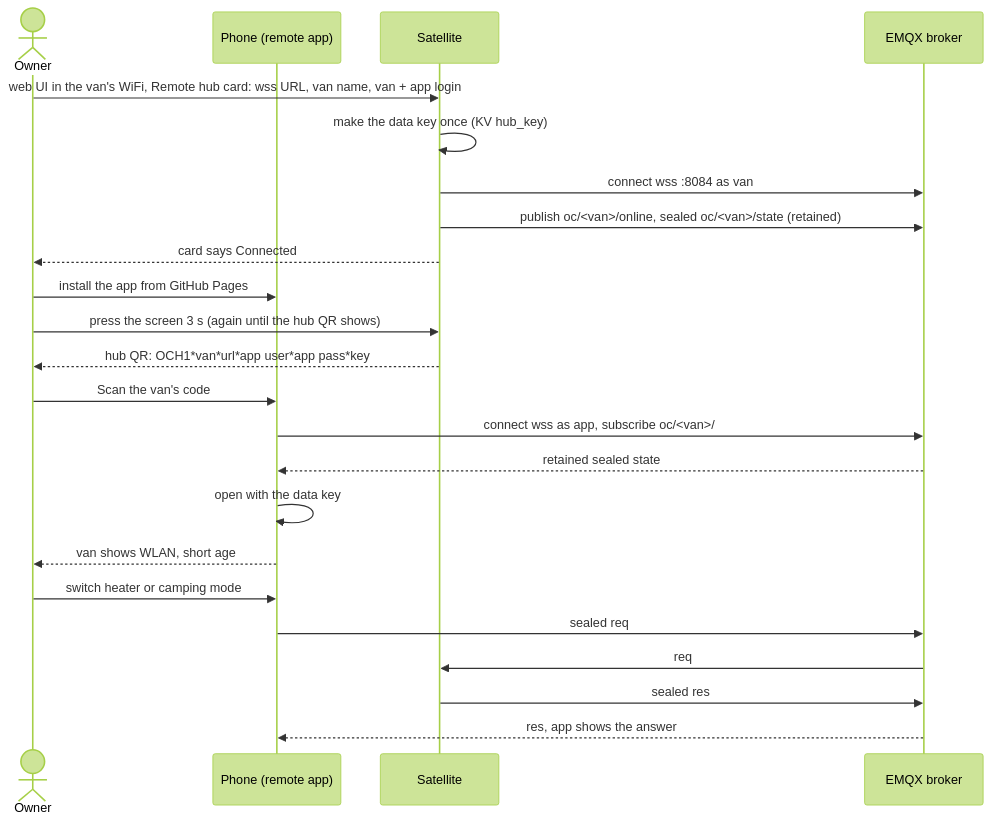
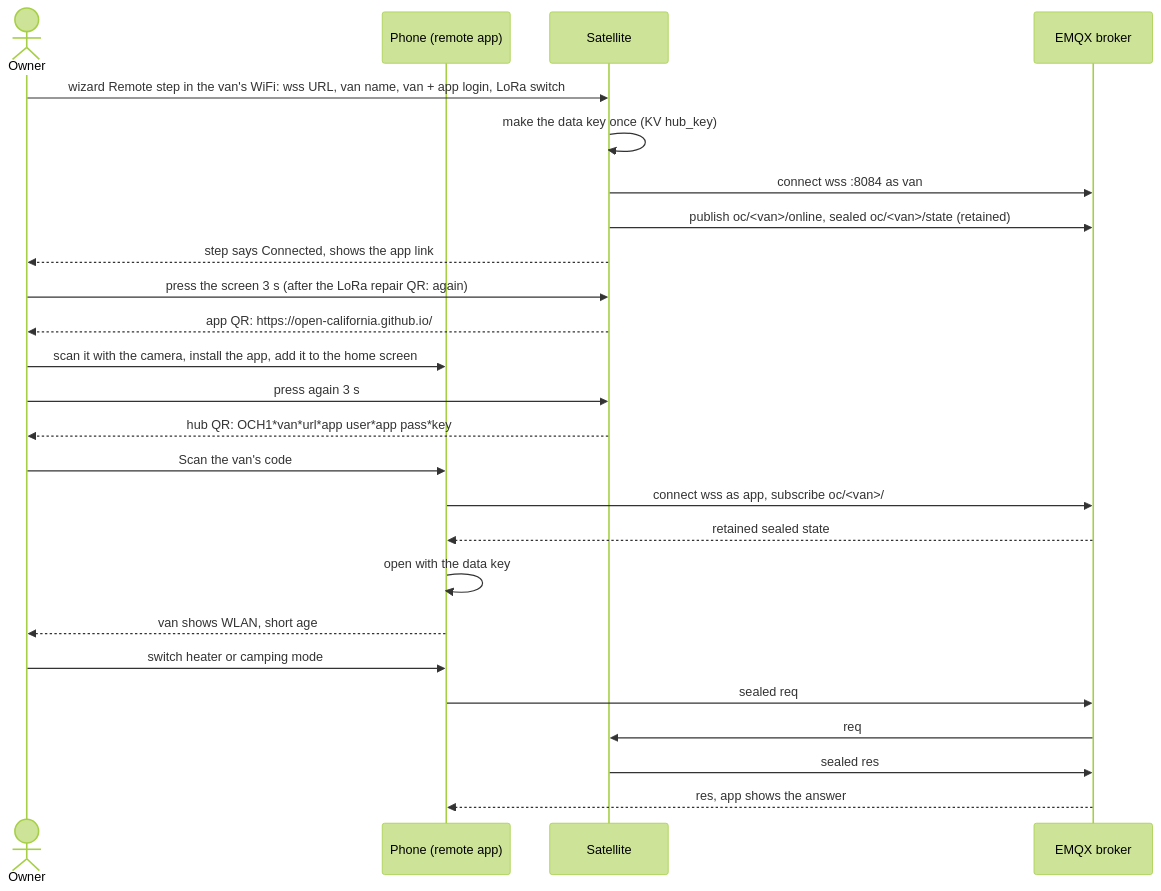
The fourth of 5 diagrams in docs/howto-remote-hub.md (ckeller42/open-california), drawn with Mermaid (forest theme) before and after one commit. The commit also changed other lines of this file and 10 other files, not shown here.

First line of the commit message:
wizard: optional Remote step (hub form, LoRa switch, app install); icons on Home

````diff
--- a/docs/howto-remote-hub.md
+++ b/docs/howto-remote-hub.md
@@ -347,26 +388,28 @@
 ```mermaid
 sequenceDiagram
 actor O as Owner
 participant P as Phone (remote app)
 participant E as Satellite
 participant B as EMQX broker
-O->>E: web UI in the van's WiFi, Remote hub card: wss URL, van name, van + app login
+O->>E: wizard Remote step in the van's WiFi: wss URL, van name, van + app login, LoRa switch
 E->>E: make the data key once (KV hub_key)
 E->>B: connect wss :8084 as van
 E->>B: publish oc/#lt;van#gt;/online, sealed oc/#lt;van#gt;/state (retained)
-E-->>O: card says Connected
-O->>P: install the app from GitHub Pages
-O->>E: press the screen 3 s (again until the hub QR shows)
+E-->>O: step says Connected, shows the app link
+O->>E: press the screen 3 s (after the LoRa repair QR: again)
+E-->>O: app QR: https://open-california.github.io/
+O->>P: scan it with the camera, install the app, add it to the home screen
+O->>E: press again 3 s
 E-->>O: hub QR: OCH1*van*url*app user*app pass*key
 O->>P: Scan the van's code
 P->>B: connect wss as app, subscribe oc/#lt;van#gt;/#
 B-->>P: retained sealed state
 P->>P: open with the data key
 P-->>O: van shows WLAN, short age
 O->>P: switch heater or camping mode
 P->>B: sealed req
 B->>E: req
 E->>B: sealed res
 B-->>P: res, app shows the answer
 
 ```
````
